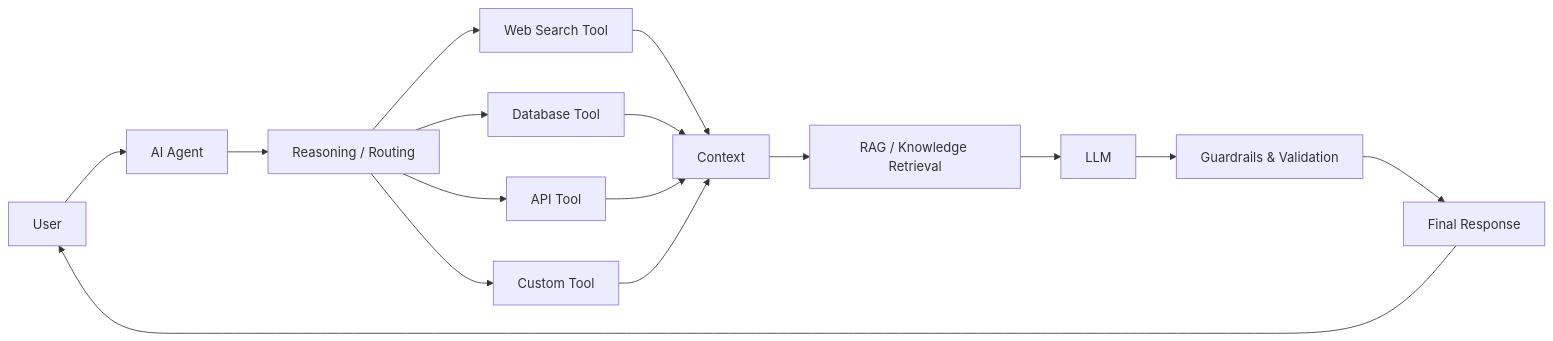
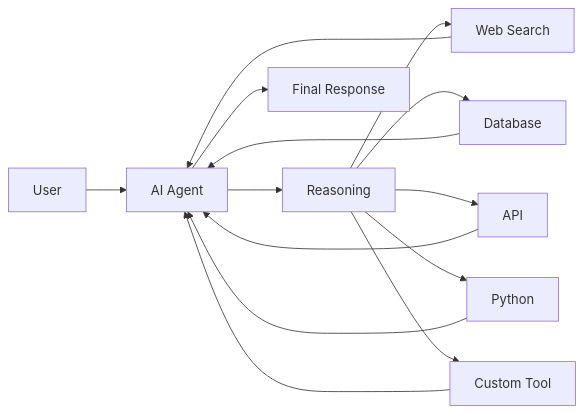
Before and after one commit to bhamniyaravi/bhamniyaravi: the seventh of 10 diagrams in README.md, drawn with Mermaid. The commit also changed other lines of this file, not shown here.

````diff
--- a/README.md
+++ b/README.md
@@ -53,18 +317,20 @@
 ```mermaid
 flowchart LR
-    U[User] --> A[AI Agent]
-    A --> R[Reasoning / Routing]
-    R --> T1[Web Search Tool]
-    R --> T2[Database Tool]
-    R --> T3[API Tool]
-    R --> T4[Custom Tool]
-    T1 --> C[Context]
-    T2 --> C
-    T3 --> C
-    T4 --> C
-    C --> G[RAG / Knowledge Retrieval]
-    G --> L[LLM]
-    L --> V[Guardrails & Validation]
-    V --> O[Final Response]
-    O --> U
+    U["User"]
+    --> A["AI Agent"]
+    --> R["Reasoning"]
+
+    R --> T1["Web Search"]
+    R --> T2["Database"]
+    R --> T3["API"]
+    R --> T4["Python"]
+    R --> T5["Custom Tool"]
+
+    T1 --> A
+    T2 --> A
+    T3 --> A
+    T4 --> A
+    T5 --> A
+
+    A --> O["Final Response"]
 ```
````
